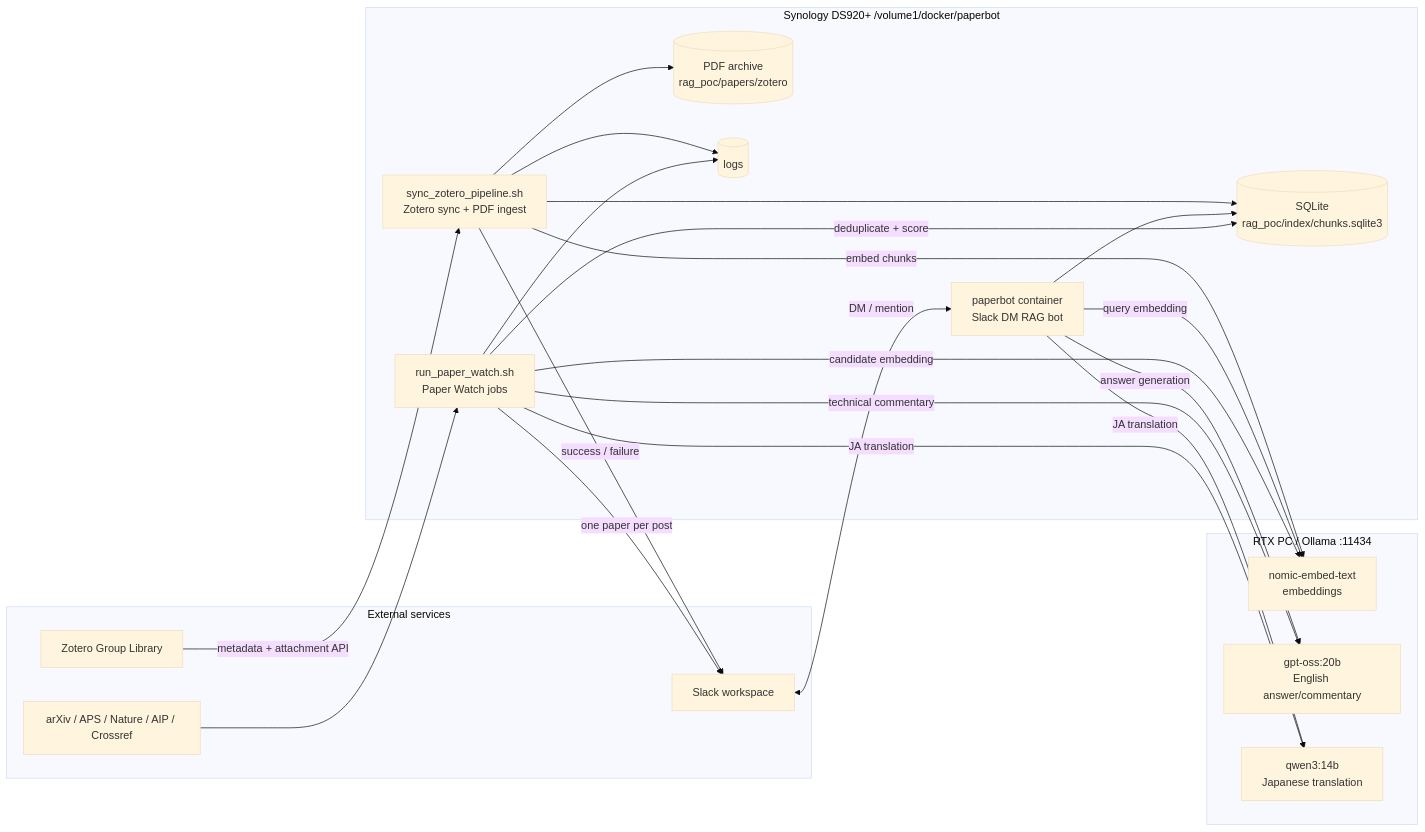
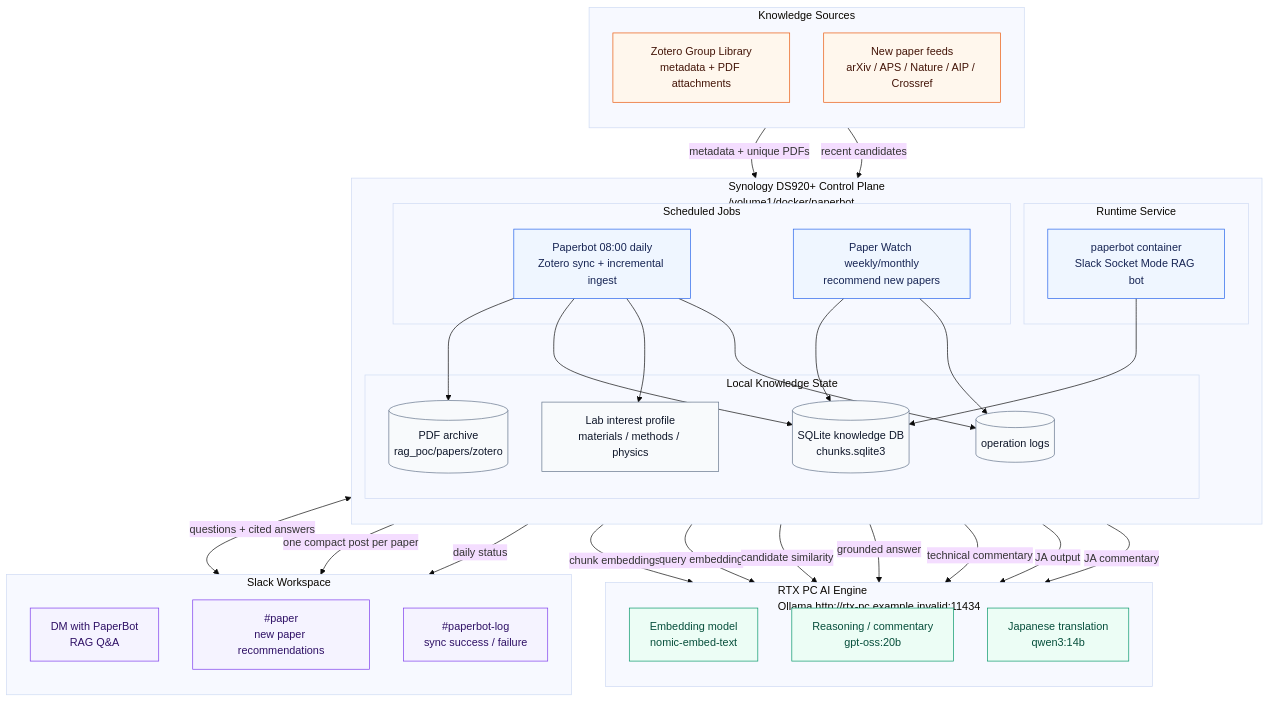
The first of 2 diagrams in README.md (woolen-yarn/kohdalab-paperbot), drawn with Mermaid (base theme) before and after one commit. The commit also changed other lines of this file and 1 other file, not shown here.

Commit message:
Add clearer architecture diagrams

````diff
--- a/README.md
+++ b/README.md
@@ -20,45 +20,76 @@
 ```mermaid
-flowchart LR
-  subgraph external["External services"]
-    zotero["Zotero Group Library"]
-    feeds["arXiv / APS / Nature / AIP / Crossref"]
-    slack["Slack workspace"]
+flowchart TB
+  subgraph sources["Knowledge Sources"]
+    direction TB
+    zotero["Zotero Group Library\nmetadata + PDF attachments"]
+    feeds["New paper feeds\narXiv / APS / Nature / AIP / Crossref"]
   end
 
-  subgraph nas["Synology DS920+ /volume1/docker/paperbot"]
-    bot["paperbot container\nSlack DM RAG bot"]
-    sync["sync_zotero_pipeline.sh\nZotero sync + PDF ingest"]
-    watch["run_paper_watch.sh\nPaper Watch jobs"]
-    sqlite[("SQLite\nrag_poc/index/chunks.sqlite3")]
-    pdfs[("PDF archive\nrag_poc/papers/zotero")]
-    logs[("logs")]
+  subgraph nas["Synology DS920+ Control Plane\n/volume1/docker/paperbot"]
+    direction TB
+
+    subgraph jobs["Scheduled Jobs"]
+      sync["Paperbot 08:00 daily\nZotero sync + incremental ingest"]
+      watch["Paper Watch weekly/monthly\nrecommend new papers"]
+    end
+
+    subgraph app["Runtime Service"]
+      bot["paperbot container\nSlack Socket Mode RAG bot"]
+    end
+
+    subgraph state["Local Knowledge State"]
+      pdfs[("PDF archive\nrag_poc/papers/zotero")]
+      db[("SQLite knowledge DB\nchunks.sqlite3")]
+      profile["Lab interest profile\nmaterials / methods / physics"]
+      logs[("operation logs")]
+    end
   end
 
-  subgraph rtx["RTX PC / Ollama :11434"]
-    embed["nomic-embed-text\nembeddings"]
-    chat["gpt-oss:20b\nEnglish answer/commentary"]
-    translate["qwen3:14b\nJapanese translation"]
+  subgraph rtx["RTX PC AI Engine\nOllama http://rtx-pc.example.invalid:11434"]
+    direction TB
+    embed["Embedding model\nnomic-embed-text"]
+    chat["Reasoning / commentary\ngpt-oss:20b"]
+    translate["Japanese translation\nqwen3:14b"]
   end
 
-  zotero -->|"metadata + attachment API"| sync
+  subgraph slack["Slack Workspace"]
+    direction TB
+    dm["DM with PaperBot\nRAG Q&A"]
+    paper["#paper\nnew paper recommendations"]
+    ops["#paperbot-log\nsync success / failure"]
+  end
+
+  zotero -->|"metadata + unique PDFs"| sync
+  feeds -->|"recent candidates"| watch
+
   sync --> pdfs
-  sync --> sqlite
-  sync -->|"embed chunks"| embed
-  sync -->|"success / failure"| slack
+  sync --> db
+  sync --> profile
+  sync --> logs
+  watch --> db
+  watch --> logs
+  bot --> db
 
-  slack <-->|"DM / mention"| bot
-  bot --> sqlite
+  sync -->|"chunk embeddings"| embed
   bot -->|"query embedding"| embed
-  bot -->|"answer generation"| chat
-  bot -->|"JA translation"| translate
+  watch -->|"candidate similarity"| embed
+  bot -->|"grounded answer"| chat
+  watch -->|"technical commentary"| chat
+  bot -->|"JA output"| translate
+  watch -->|"JA commentary"| translate
 
-  feeds --> watch
-  watch -->|"deduplicate + score"| sqlite
-  watch -->|"candidate embedding"| embed
-  watch -->|"technical commentary"| chat
-  watch -->|"JA translation"| translate
-  watch -->|"one paper per post"| slack
+  bot <-->|"questions + cited answers"| dm
+  watch -->|"one compact post per paper"| paper
+  sync -->|"daily status"| ops
 
-  sync --> logs
-  watch --> logs
+  classDef source fill:#fff7ed,stroke:#ea580c,color:#431407
+  classDef nas fill:#eff6ff,stroke:#2563eb,color:#172554
+  classDef state fill:#f8fafc,stroke:#64748b,color:#0f172a
+  classDef rtx fill:#ecfdf5,stroke:#059669,color:#064e3b
+  classDef slack fill:#f5f3ff,stroke:#7c3aed,color:#2e1065
+  class zotero,feeds source
+  class sync,watch,bot nas
+  class pdfs,db,profile,logs state
+  class embed,chat,translate rtx
+  class dm,paper,ops slack
 ```
````
